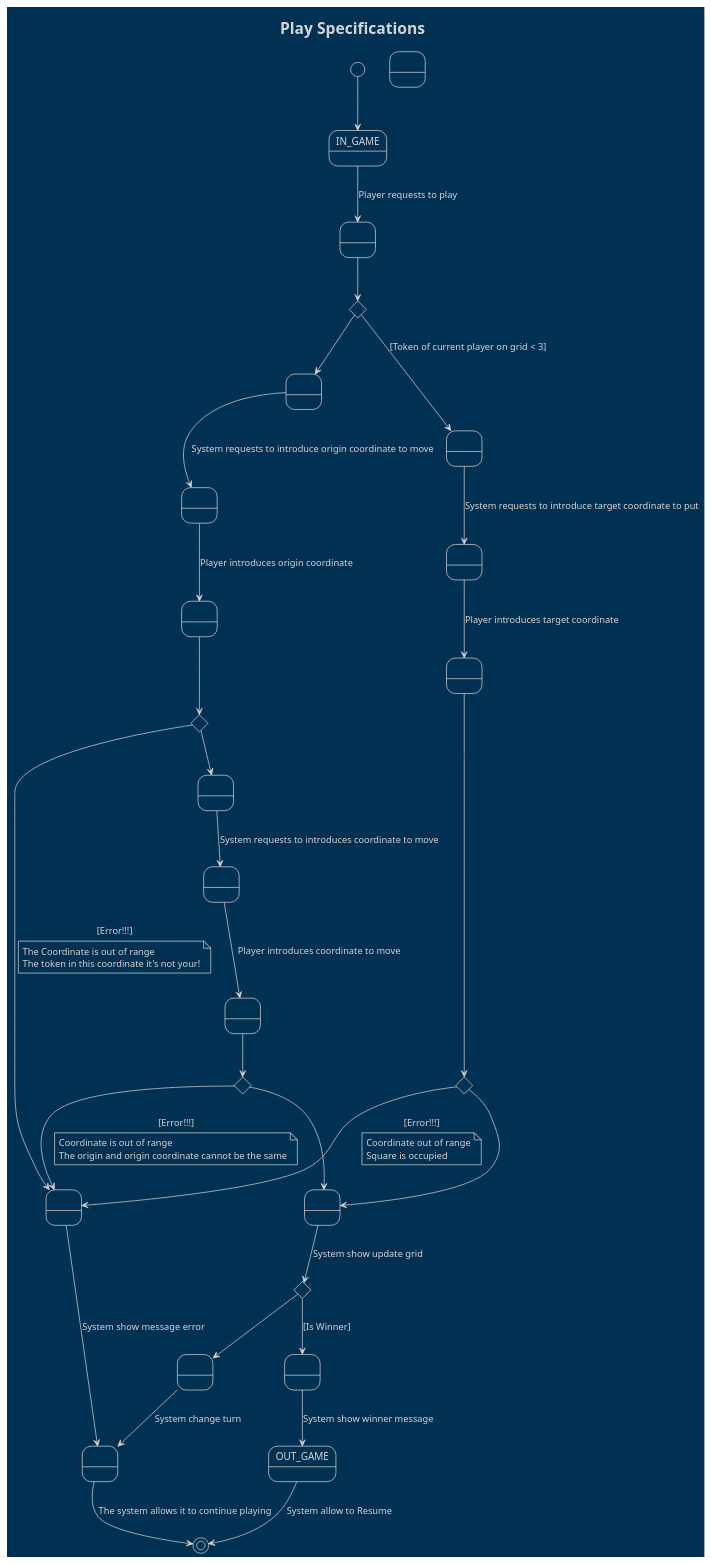
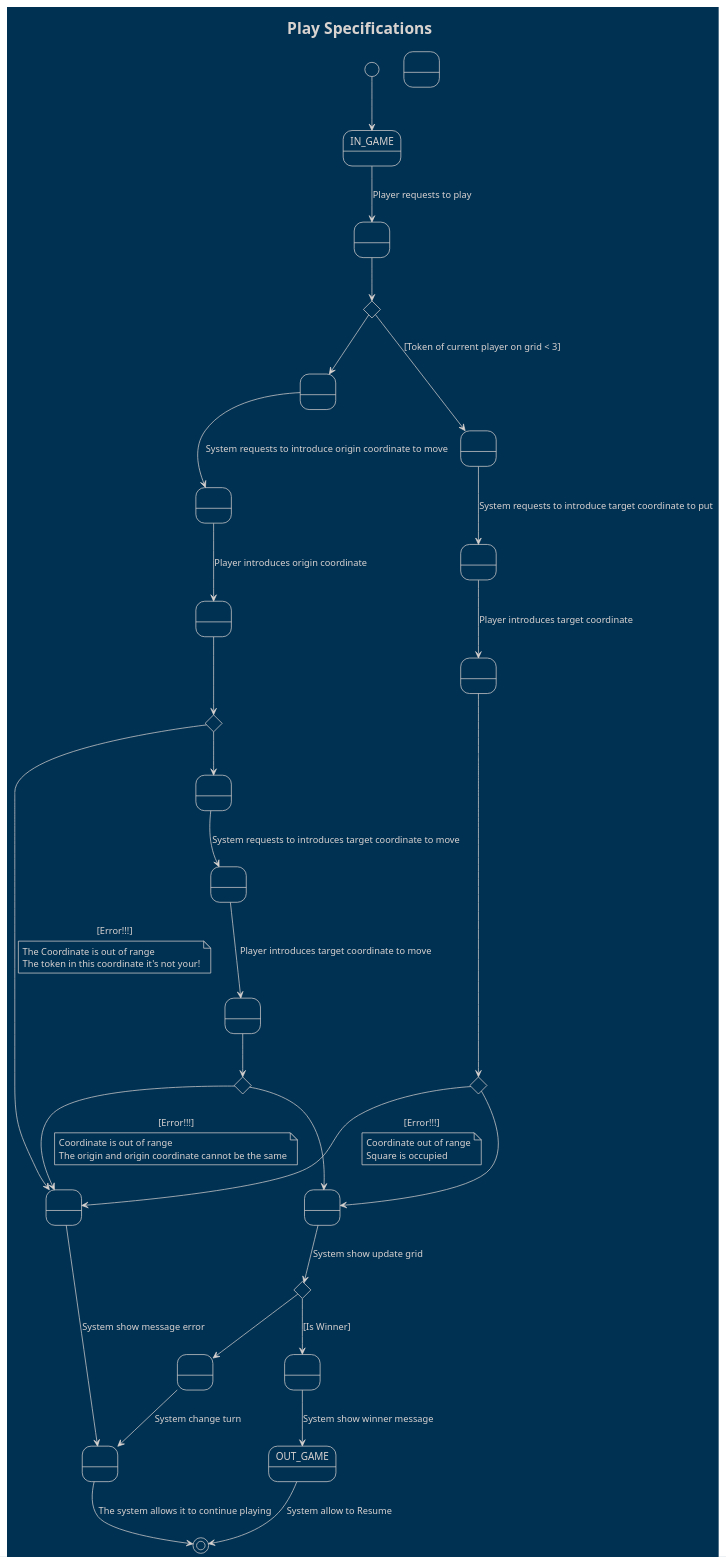
One commit to franpaulinoinfante/TicTacToe changed the fifth of 6 diagrams in src/DomainModel/WithMachine/Docs/Requirement.plantuml. Above: the diagram before and after it, drawn with PlantUML.

```diff
--- a/src/DomainModel/WithMachine/Docs/Requirement.plantuml
+++ b/src/DomainModel/WithMachine/Docs/Requirement.plantuml
@@ -98,70 +98,70 @@
 @startuml Play Specifications
     !theme blueprint
 
     title Play Specifications
     
     state IN_GAME
     state OUT_GAME
     state A as " "
     state B as " "
     state C as " "
     state D as " "
     state E as " "
     state F as " "
     state G as " "
     state H as " "
     state I as " "
     state K as " "
     state L as " "
     state M as " "
     state N as " "
     state O as " "
     state P as " "
     state Q as " "
     state if1 <<choice>>
     state if2 <<choice>>
     state if3 <<choice>>
     state if4 <<choice>>
     state if5 <<choice>>
 
     [*] --> IN_GAME
     IN_GAME --> A : Player requests to play
     A --> if1
         if1 --> B  : [Token of current player on grid < 3]
         B --> C : System requests to introduce target coordinate to put
         C --> D : Player introduces target coordinate
         D --> if2
             if2 --> E 
             E --> if3 : System show update grid
                 if3 --> F
                 F --> G : System change turn
                 G --> [*] : The system allows it to continue playing
             if3 --> H : [Is Winner]
             H --> OUT_GAME : System show winner message
         if2 --> I : [Error!!!]
             note on link
                 Coordinate out of range
                 Square is occupied
             endnote
         I --> G : System show message error
     if1 --> K
     K --> L : System requests to introduce origin coordinate to move
     L --> M : Player introduces origin coordinate
     M --> if4
         if4 --> N 
-        N --> O : System requests to introduces coordinate to move
-        O --> P : Player introduces coordinate to move
+        N --> O : System requests to introduces target coordinate to move
+        O --> P : Player introduces target coordinate to move
         P --> if5
             if5 --> E
         if5 --> I : [Error!!!]
             note on link
                 Coordinate is out of range
                 The origin and origin coordinate cannot be the same
             endnote
     if4 --> I : [Error!!!]        
         note on link
             The Coordinate is out of range
             The token in this coordinate it's not your!
         endnote      
     OUT_GAME --> [*] : System allow to Resume
 @enduml
```
